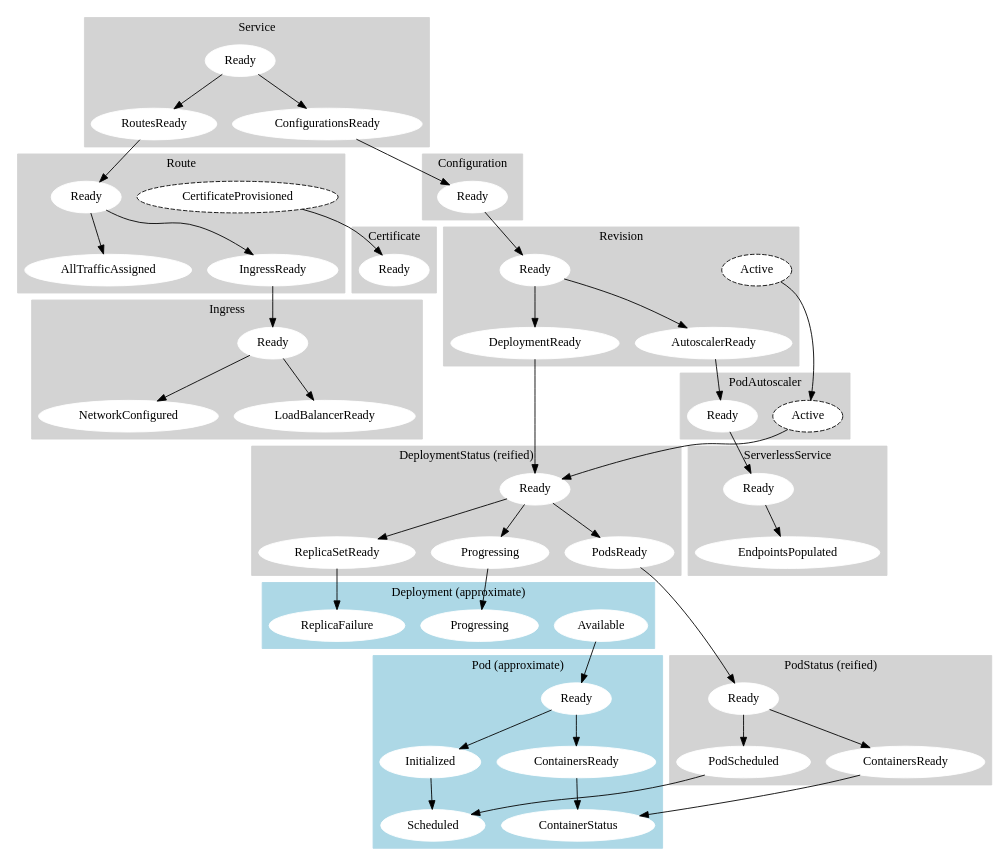
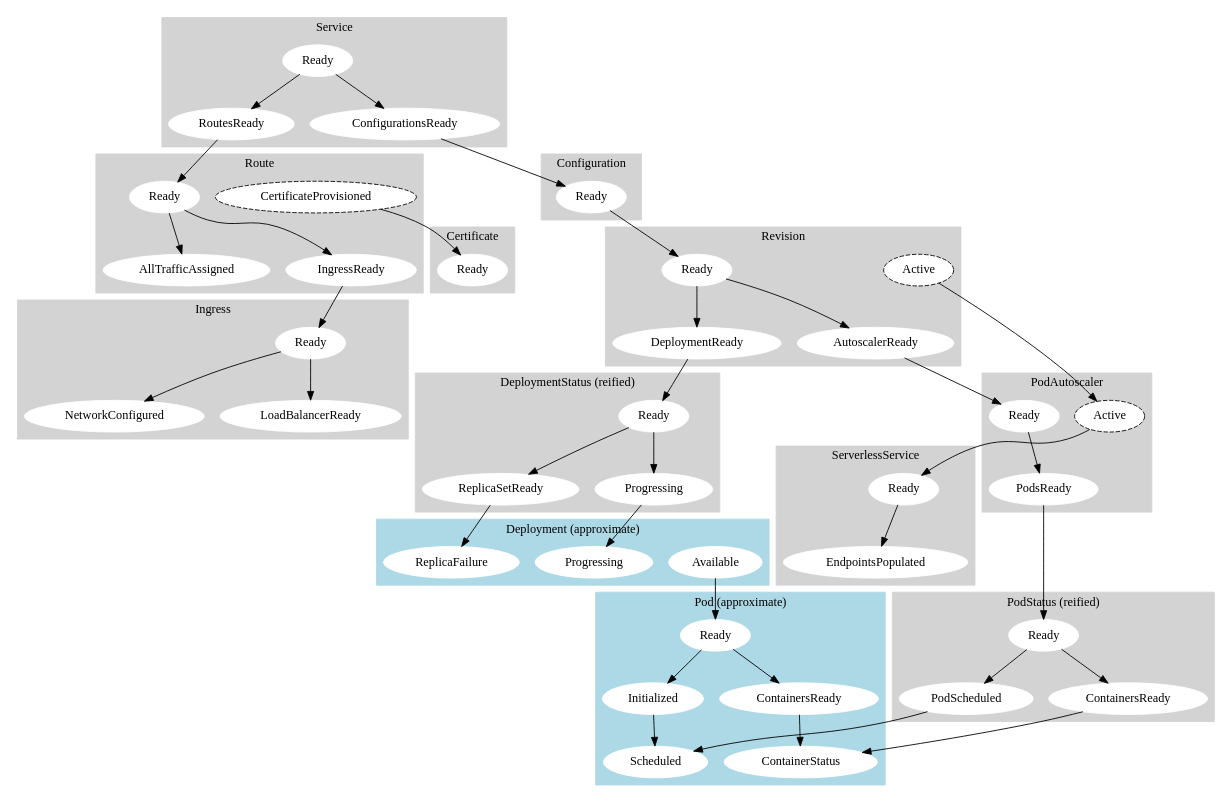
Before and after one commit to jonjohnsonjr/graphviz: the diagram in src/proposed-lifecycle.dot, drawn with Graphviz. The commit also changed 1 other file, not shown here.

```diff
--- a/src/proposed-lifecycle.dot
+++ b/src/proposed-lifecycle.dot
@@ -1,164 +1,164 @@
 digraph lifecycle {
   graph [style=filled,color=lightgrey]
   node [style=filled,color=white];
 
   subgraph cluster_service {
     label = "Service";
     href="https://godoc.org/github.com/knative/serving/pkg/apis/serving/v1alpha1#ServiceStatus"
 
     ServiceConditionReady [label=Ready, href="https://godoc.org/github.com/knative/serving/pkg/apis/serving/v1alpha1#ServiceConditionReady"]
     ServiceConditionConfigurationsReady [label=ConfigurationsReady, href="https://godoc.org/github.com/knative/serving/pkg/apis/serving/v1alpha1#ServiceConditionConfigurationsReady"]
     ServiceConditionRoutesReady [label=RoutesReady, href="https://godoc.org/github.com/knative/serving/pkg/apis/serving/v1alpha1#ServiceConditionRoutesReady"]
 
     ServiceConditionReady -> ServiceConditionConfigurationsReady
     ServiceConditionReady -> ServiceConditionRoutesReady
   }
 
   subgraph cluster_route {
     label = "Route";
     href="https://godoc.org/github.com/knative/serving/pkg/apis/serving/v1alpha1#RouteStatus"
 
     RouteConditionReady [label=Ready, href="https://godoc.org/github.com/knative/serving/pkg/apis/serving/v1alpha1#RouteConditionReady"]
     RouteConditionAllTrafficAssigned [label=AllTrafficAssigned, href="https://godoc.org/github.com/knative/serving/pkg/apis/serving/v1alpha1#RouteConditionAllTrafficAssigned"]
     RouteConditionIngressReady [label=IngressReady, href="https://godoc.org/github.com/knative/serving/pkg/apis/serving/v1alpha1#RouteConditionIngressReady"]
     RouteConditionCertificateProvisioned [label=CertificateProvisioned,style="filled,dashed",fillcolor=white,color=black, href="https://godoc.org/github.com/knative/serving/pkg/apis/serving/v1alpha1#RouteConditionCertificateProvisioned"]
 
     RouteConditionReady -> RouteConditionAllTrafficAssigned
     RouteConditionReady -> RouteConditionIngressReady
   }
 
   subgraph cluster_configuration {
     label = "Configuration";
     href="https://godoc.org/github.com/knative/serving/pkg/apis/serving/v1alpha1#ConfigurationStatus"
 
     ConfigurationConditionReady [label=Ready, href="https://godoc.org/github.com/knative/serving/pkg/apis/serving/v1alpha1#ConfigurationConditionReady"]
   }
 
   subgraph cluster_revision {
     label = "Revision";
     href="https://godoc.org/github.com/knative/serving/pkg/apis/serving/v1alpha1#RevisionStatus"
 
     RevisionConditionReady [label=Ready, href="https://godoc.org/github.com/knative/serving/pkg/apis/serving/v1alpha1#RevisionConditionReady"]
     RevisionConditionDeploymentReady [label=DeploymentReady]
     RevisionConditionAutoscalerReady [label=AutoscalerReady]
     RevisionConditionActive [label=Active,style="filled,dashed",fillcolor=white,color=black, href="https://godoc.org/github.com/knative/serving/pkg/apis/serving/v1alpha1#RevisionConditionActive"]
 
     RevisionConditionReady -> RevisionConditionDeploymentReady
     RevisionConditionReady -> RevisionConditionAutoscalerReady
   }
 
   subgraph cluster_ingress {
     label = "Ingress";
     href="https://godoc.org/github.com/knative/serving/pkg/apis/networking/v1alpha1#IngressStatus"
 
     IngressConditionReady [label=Ready, href="https://godoc.org/github.com/knative/serving/pkg/apis/networking/v1alpha1#IngressConditionReady"]
     IngressConditionNetworkConfigured [label=NetworkConfigured, href="https://godoc.org/github.com/knative/serving/pkg/apis/networking/v1alpha1#IngressConditionNetworkConfigured"]
     IngressConditionLoadBalancerReady [label=LoadBalancerReady, href="https://godoc.org/github.com/knative/serving/pkg/apis/networking/v1alpha1#IngressConditionLoadBalancerReady"]
 
     IngressConditionReady -> IngressConditionNetworkConfigured
     IngressConditionReady -> IngressConditionLoadBalancerReady
   }
 
   subgraph cluster_kpa {
     label = "PodAutoscaler";
     href="https://godoc.org/github.com/knative/serving/pkg/apis/autoscaling/v1alpha1#PodAutoscalerStatus"
 
     PodAutoscalerConditionReady [label=Ready, href="https://godoc.org/github.com/knative/serving/pkg/apis/autoscaling/v1alpha1#PodAutoscalerConditionReady"]
     PodAutoscalerConditionActive [label=Active, href="https://godoc.org/github.com/knative/serving/pkg/apis/autoscaling/v1alpha1#PodAutoscalerConditionActive",style="filled,dashed",fillcolor=white,color=black]
+    PodAutoscalerConditionPodsReady [label=PodsReady]
+
+    PodAutoscalerConditionReady -> PodAutoscalerConditionPodsReady 
   }
 
   subgraph cluster_certificate {
     label = "Certificate";
     href="https://godoc.org/github.com/knative/serving/pkg/apis/networking/v1alpha1#CertificateStatus"
 
     CertificateConditionReady [label=Ready, href="https://godoc.org/github.com/knative/serving/pkg/apis/networking/v1alpha1#CertificateConditionReady"]
   }
 
   subgraph cluster_sks {
     label = "ServerlessService";
     href="https://godoc.org/github.com/knative/serving/pkg/apis/networking/v1alpha1#ServerlessServiceStatus"
 
     ServerlessServiceConditionReady [label=Ready, href="https://godoc.org/github.com/knative/serving/pkg/apis/networking/v1alpha1#ServerlessServiceConditionReady"]
     ServerlessServiceConditionEndspointsPopulated [label=EndpointsPopulated, href="https://godoc.org/github.com/knative/serving/pkg/apis/networking/v1alpha1#ServerlessServiceConditionEndspointsPopulated"]
 
     ServerlessServiceConditionReady -> ServerlessServiceConditionEndspointsPopulated
   }
 
   subgraph cluster_pods {
     label = "Pod (approximate)";
     href = "https://godoc.org/k8s.io/api/core/v1#PodStatus"
     style = filled
     color = lightblue
     PodReady [label=Ready, href="https://godoc.org/k8s.io/api/core/v1#PodReady"]
     PodScheduled [label=Scheduled, href="https://godoc.org/k8s.io/api/core/v1#PodScheduled"]
     PodInitialized [label=Initialized, href="https://godoc.org/k8s.io/api/core/v1#PodInitialized"]
     ContainersReady [label=ContainersReady, href="https://godoc.org/k8s.io/api/core/v1#ContainersReady"]
     ContainerStatus [label=ContainerStatus, href="https://godoc.org/k8s.io/api/core/v1#ContainerStatus"]
 
     PodReady -> ContainersReady
     PodReady -> PodInitialized
     PodInitialized -> PodScheduled
 
     ContainersReady -> ContainerStatus
   }
 
   subgraph cluster_deployment {
     label = "Deployment (approximate)";
     href = "https://godoc.org/k8s.io/api/apps/v1#DeploymentStatus"
     style = filled
     color = lightblue
 
     DeploymentAvailable [label=Available, href="https://godoc.org/k8s.io/api/apps/v1#DeploymentAvailable"]
     DeploymentProgressing [label=Progressing, href="https://godoc.org/k8s.io/api/apps/v1#DeploymentProgressing"]
     DeploymentReplicaFailure [label=ReplicaFailure, href="https://godoc.org/k8s.io/api/apps/v1#DeploymentReplicaFailure"]
   }
 
   subgraph cluster_deploymentstatus {
     label = "DeploymentStatus (reified)";
 
     DeploymentStatusReady [label=Ready]
     DeploymentStatusProgressing [label=Progressing]
     DeploymentStatusReplicaSetReady [label=ReplicaSetReady]
-    DeploymentStatusPodsReady [label=PodsReady]
 
     DeploymentStatusReady -> DeploymentStatusProgressing
     DeploymentStatusReady -> DeploymentStatusReplicaSetReady
-    DeploymentStatusReady -> DeploymentStatusPodsReady
   }
 
   subgraph cluster_podstatus {
     label = "PodStatus (reified)";
 
     PodStatusReady [label=Ready]
     PodStatusContainerReady [label=ContainersReady]
     PodStatusPodScheduled [label=PodScheduled]
 
     PodStatusReady -> PodStatusPodScheduled
     PodStatusReady -> PodStatusContainerReady
   }
 
   ServiceConditionConfigurationsReady -> ConfigurationConditionReady
   ServiceConditionRoutesReady -> RouteConditionReady
 
   RouteConditionCertificateProvisioned -> CertificateConditionReady
   RouteConditionIngressReady -> IngressConditionReady
 
-  ConfigurationConditionReady -> RevisionConditionReady 
+  ConfigurationConditionReady -> RevisionConditionReady
 
   RevisionConditionDeploymentReady -> DeploymentStatusReady
   RevisionConditionAutoscalerReady -> PodAutoscalerConditionReady
 
   RevisionConditionActive -> PodAutoscalerConditionActive
 
-  PodAutoscalerConditionReady -> ServerlessServiceConditionReady
-  PodAutoscalerConditionActive -> DeploymentStatusReady
+  PodAutoscalerConditionActive -> ServerlessServiceConditionReady
+  PodAutoscalerConditionPodsReady -> PodStatusReady
 
   DeploymentAvailable -> PodReady
 
   DeploymentStatusProgressing -> DeploymentProgressing
   DeploymentStatusReplicaSetReady -> DeploymentReplicaFailure
-  DeploymentStatusPodsReady -> PodStatusReady
 
   PodStatusPodScheduled -> PodScheduled
   PodStatusContainerReady -> ContainerStatus
 }
```
